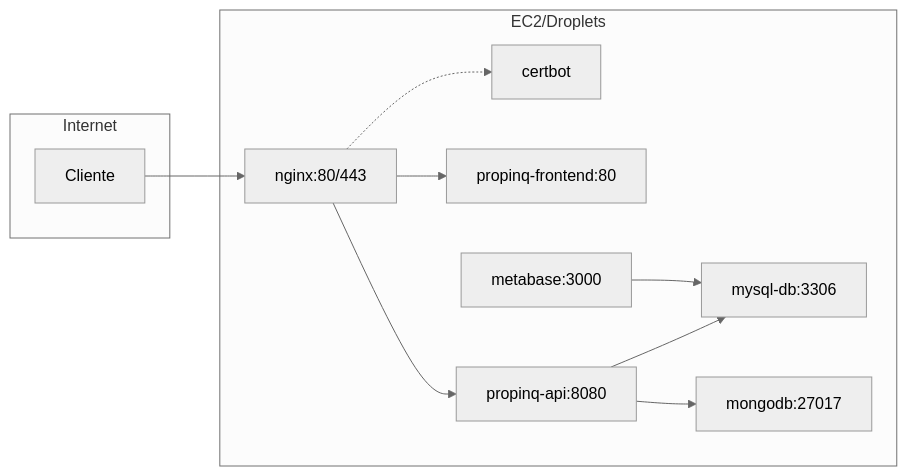
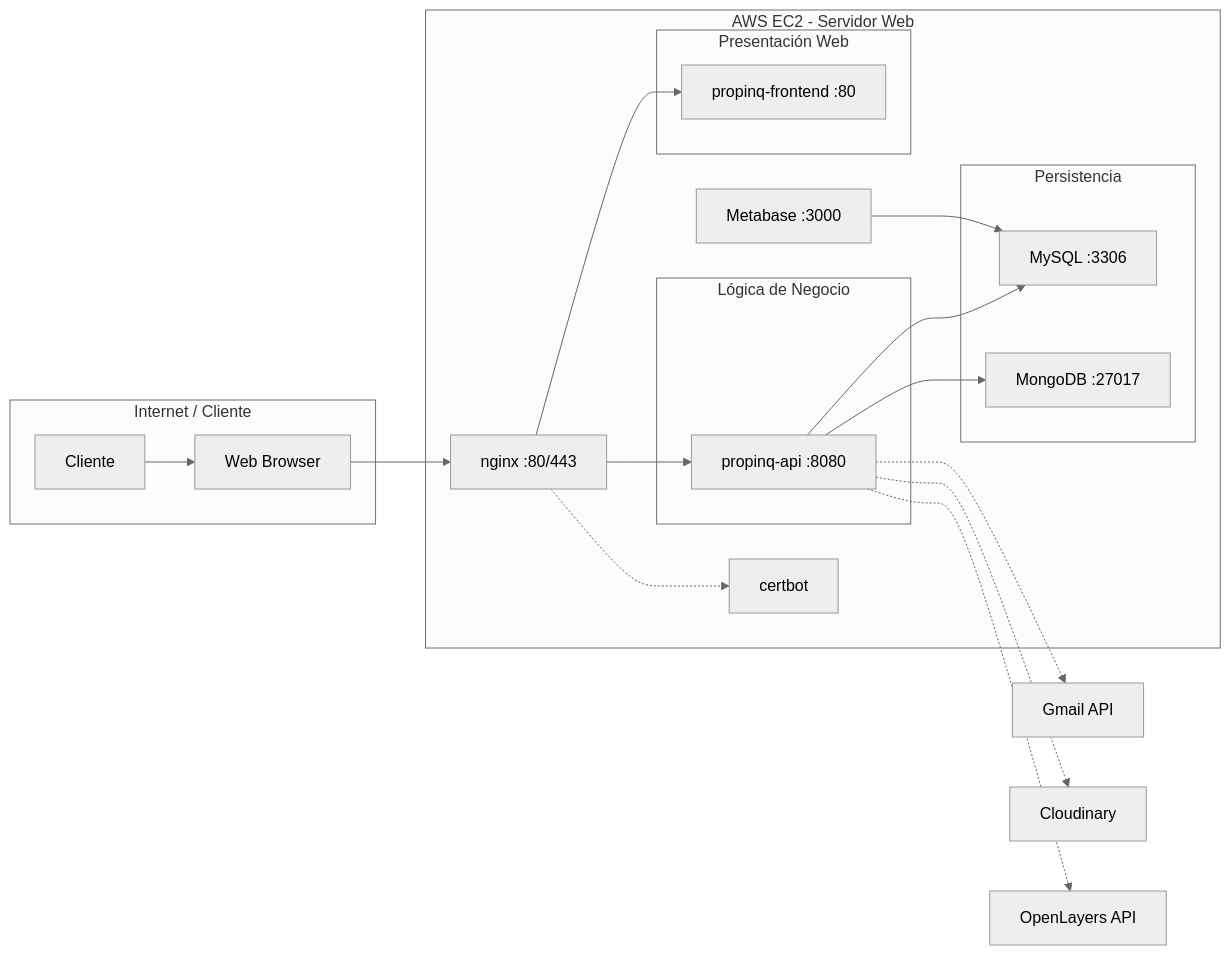
Before and after one commit to imaee-soft/propinq-infra: the diagram in README.md, drawn with Mermaid (neutral theme).

Commit message:
update: diagrama de despliegue

````diff
--- a/README.md
+++ b/README.md
@@ -9,22 +9,70 @@
 ```mermaid
 flowchart LR
-  subgraph internet [Internet]
+
+%% ========================
+%% CLIENTE
+%% ========================
+subgraph cliente_ext [Internet / Cliente]
     Client[Cliente]
-  end
-  subgraph ec2/droplets [EC2/Droplets]
-    Nginx[nginx:80/443]
+    Browser[Web Browser]
+    Client --> Browser
+end
+
+%% ========================
+%% AWS EC2
+%% ========================
+subgraph ec2 [AWS EC2 - Servidor Web]
+
+    %% Reverse proxy
+    Nginx[nginx :80/443]
     Certbot[certbot]
-    Frontend[propinq-frontend:80]
-    Backend[propinq-api:8080]
-    MySQL[mysql-db:3306]
-    Mongo[mongodb:27017]
-    Metabase[metabase:3000]
-  end
-  Client --> Nginx
-  Nginx --> Frontend
-  Nginx --> Backend
-  Backend --> MySQL
-  Backend --> Mongo
-  Metabase --> MySQL
-  Nginx -.-> Certbot
+
+    %% Frontend
+    subgraph frontend [Presentación Web]
+        Front[propinq-frontend :80]
+    end
+
+    %% Backend
+    subgraph backend [Lógica de Negocio]
+        API[propinq-api :8080]
+    end
+
+    %% Persistencia
+    subgraph persistencia [Persistencia]
+        MySQL[MySQL :3306]
+        Mongo[MongoDB :27017]
+    end
+
+    %% Analytics
+    Metabase[Metabase :3000]
+
+end
+
+%% ========================
+%% SERVICIOS EXTERNOS
+%% ========================
+Cloudinary[Cloudinary]
+Gmail[Gmail API]
+OpenLayers[OpenLayers API]
+
+%% ========================
+%% RELACIONES
+%% ========================
+
+Browser --> Nginx
+
+Nginx --> Front
+Nginx --> API
+
+API --> MySQL
+API --> Mongo
+
+Metabase --> MySQL
+
+Nginx -.-> Certbot
+
+%% Integraciones externas (CORREGIDAS)
+API -.-> Gmail
+API -.-> Cloudinary
+API -.-> OpenLayers
 ```
````
